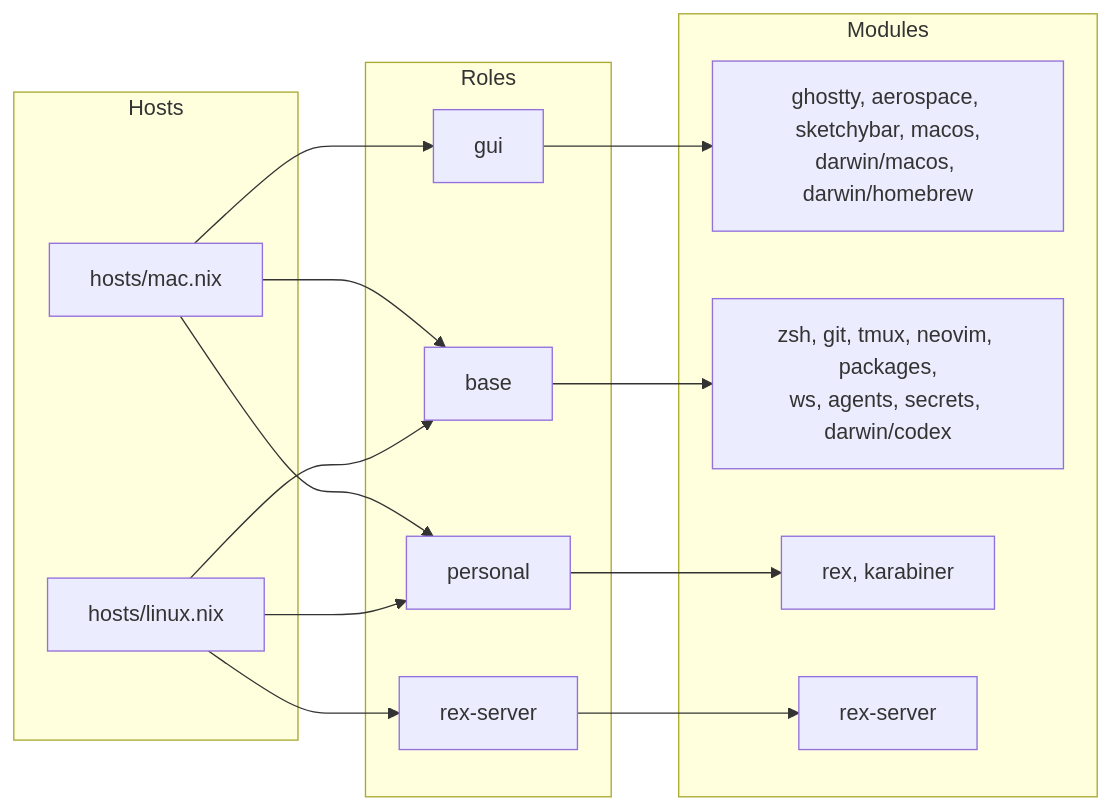
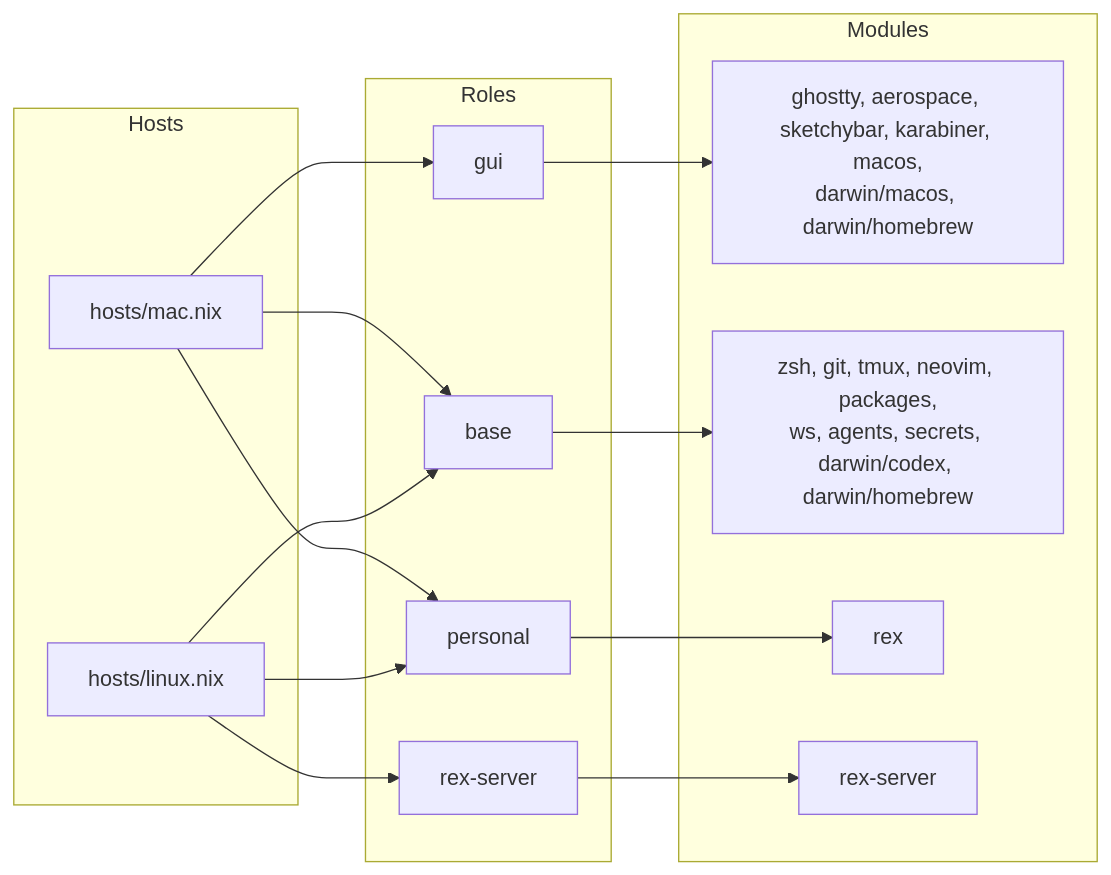
The diagram in docs/layout.md (RyanSaxe/dotfiles), drawn with Mermaid before and after one commit. The commit also changed other lines of this file and 3 other files, not shown here.

Commit message:
fix(mac): assign Codex and Karabiner to their machine roles

````diff
--- a/docs/layout.md
+++ b/docs/layout.md
@@ -13,25 +13,25 @@
 ```mermaid
 flowchart LR
   subgraph Hosts
     mac["hosts/mac.nix"]
     linux["hosts/linux.nix"]
   end
   subgraph Roles
     gui
     base
     personal
     rexServer["rex-server"]
   end
   subgraph Modules
-    guiModules["ghostty, aerospace, sketchybar, macos,<br>darwin/macos, darwin/homebrew"]
-    baseModules["zsh, git, tmux, neovim, packages,<br>ws, agents, secrets, darwin/codex"]
-    personalModules["rex, karabiner"]
+    guiModules["ghostty, aerospace, sketchybar, karabiner, macos,<br>darwin/macos, darwin/homebrew"]
+    baseModules["zsh, git, tmux, neovim, packages,<br>ws, agents, secrets, darwin/codex, darwin/homebrew"]
+    personalModules["rex"]
     rexServerModules["rex-server"]
   end
   mac --> base & gui & personal
   linux --> base & personal & rexServer
   gui --> guiModules
   base --> baseModules
   personal --> personalModules
   rexServer --> rexServerModules
 ```
````
